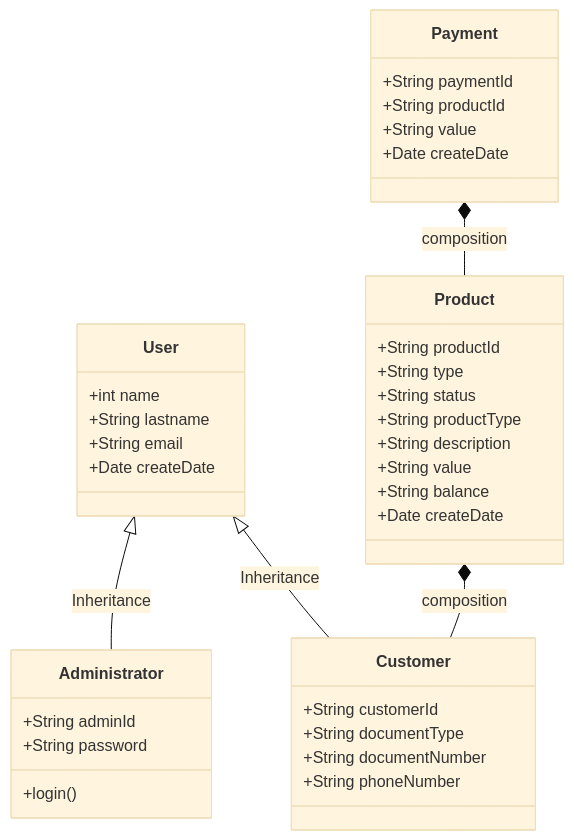
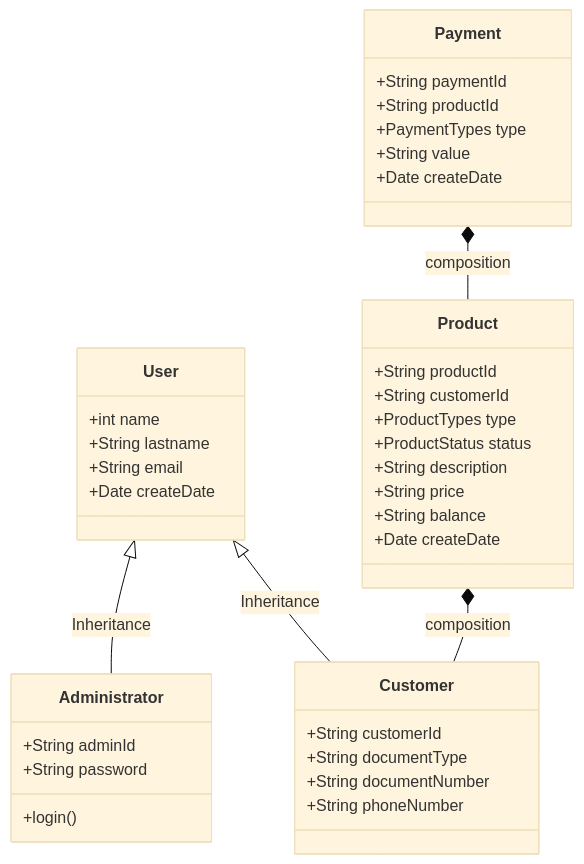
One commit to FelipeTapias/Trinity-back changed the diagram in Src/Doc/Tecnica.md. Above: the diagram before and after it, drawn with Mermaid (base theme). The commit also changed 20 other files, not shown here.

````diff
--- a/Src/Doc/Tecnica.md
+++ b/Src/Doc/Tecnica.md
@@ -6,36 +6,37 @@
 ```mermaid
 classDiagram
 
     User <|-- Administrator : Inheritance
     User <|-- Customer : Inheritance
     User : +int name
     User : +String lastname
     User : +String email
     User : +Date createDate
 
     Administrator : +String adminId
     Administrator : +String password
     Administrator : +login()
 
     Customer : +String customerId
     Customer : +String documentType
     Customer : +String documentNumber
     Customer : +String phoneNumber
     
     Product *-- Customer : composition
     Product : +String productId
-    Product : +String type
-    Product : +String status
-    Product : +String productType
+    Product : +String customerId
+    Product : +ProductTypes type
+    Product : +ProductStatus status
     Product : +String description
-    Product : +String value
+    Product : +String price
     Product : +String balance
     Product : +Date createDate
 
     Payment *-- Product : composition
     Payment : +String paymentId
     Payment : +String productId
+    Payment : +PaymentTypes type
     Payment : +String value
     Payment : +Date createDate
 
 ```
````
